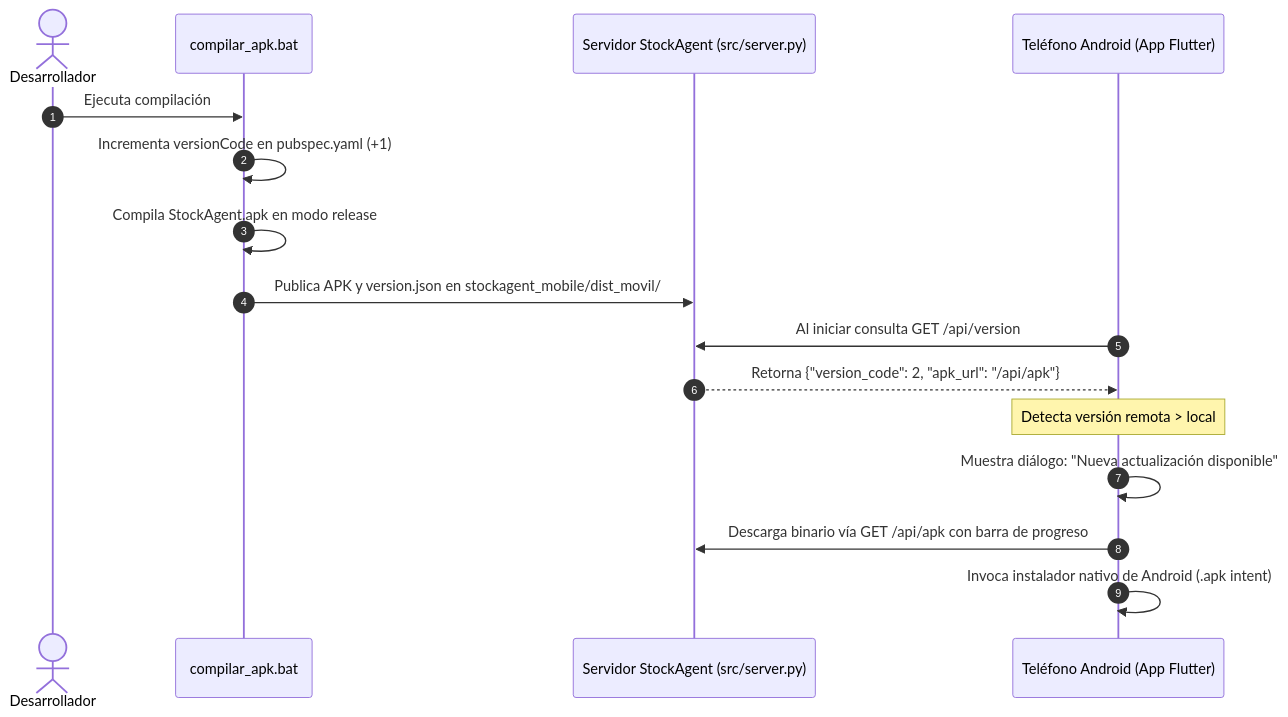
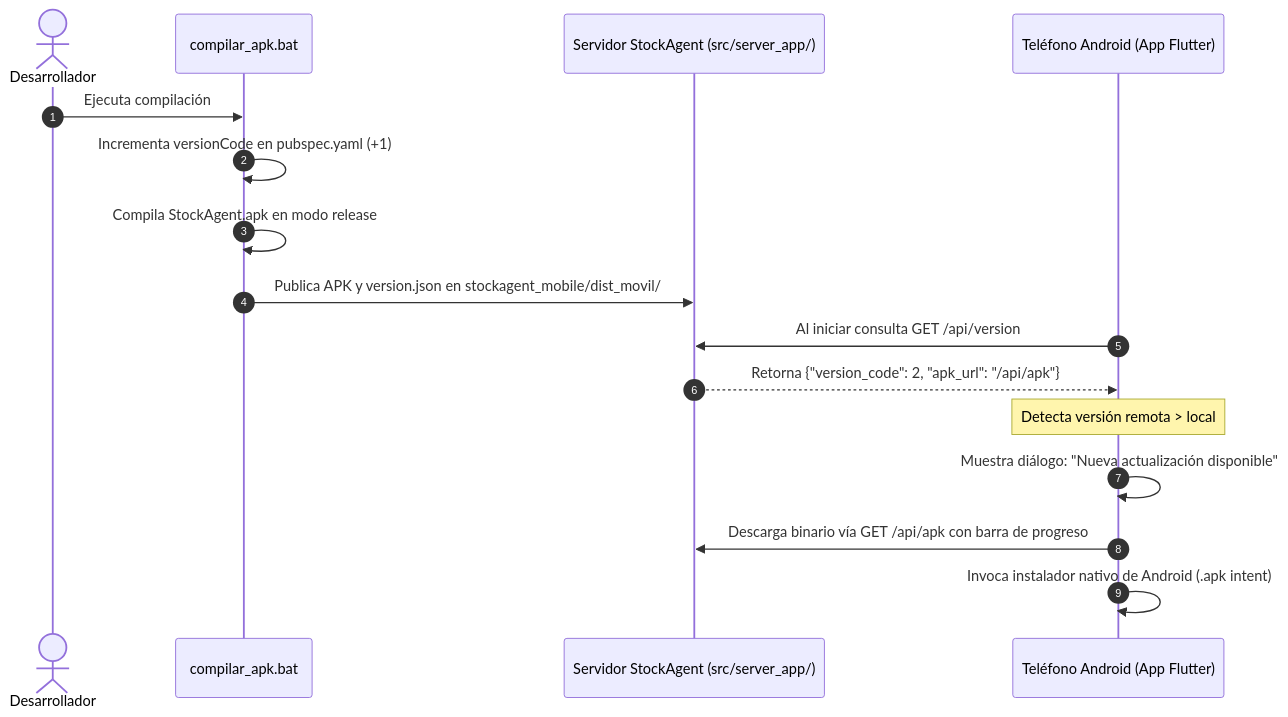
Before and after one commit to Kniball4726/Agentes: the fourth of 4 diagrams in README.md, drawn with Mermaid. The commit also changed other lines of this file and 148 other files, not shown here.

````diff
--- a/README.md
+++ b/README.md
@@ -1697,19 +1651,19 @@
 ```mermaid
 sequenceDiagram
     autonumber
     actor Dev as Desarrollador
     participant Bat as compilar_apk.bat
-    participant Srv as Servidor StockAgent (src/server.py)
+    participant Srv as Servidor StockAgent (src/server_app/)
     participant App as Teléfono Android (App Flutter)
 
     Dev->>Bat: Ejecuta compilación
     Bat->>Bat: Incrementa versionCode en pubspec.yaml (+1)
     Bat->>Bat: Compila StockAgent.apk en modo release
     Bat->>Srv: Publica APK y version.json en stockagent_mobile/dist_movil/
     App->>Srv: Al iniciar consulta GET /api/version
     Srv-->>App: Retorna {"version_code": 2, "apk_url": "/api/apk"}
     Note over App: Detecta versión remota > local
     App->>App: Muestra diálogo: "Nueva actualización disponible"
     App->>Srv: Descarga binario vía GET /api/apk con barra de progreso
     App->>App: Invoca instalador nativo de Android (.apk intent)
 ```
````
